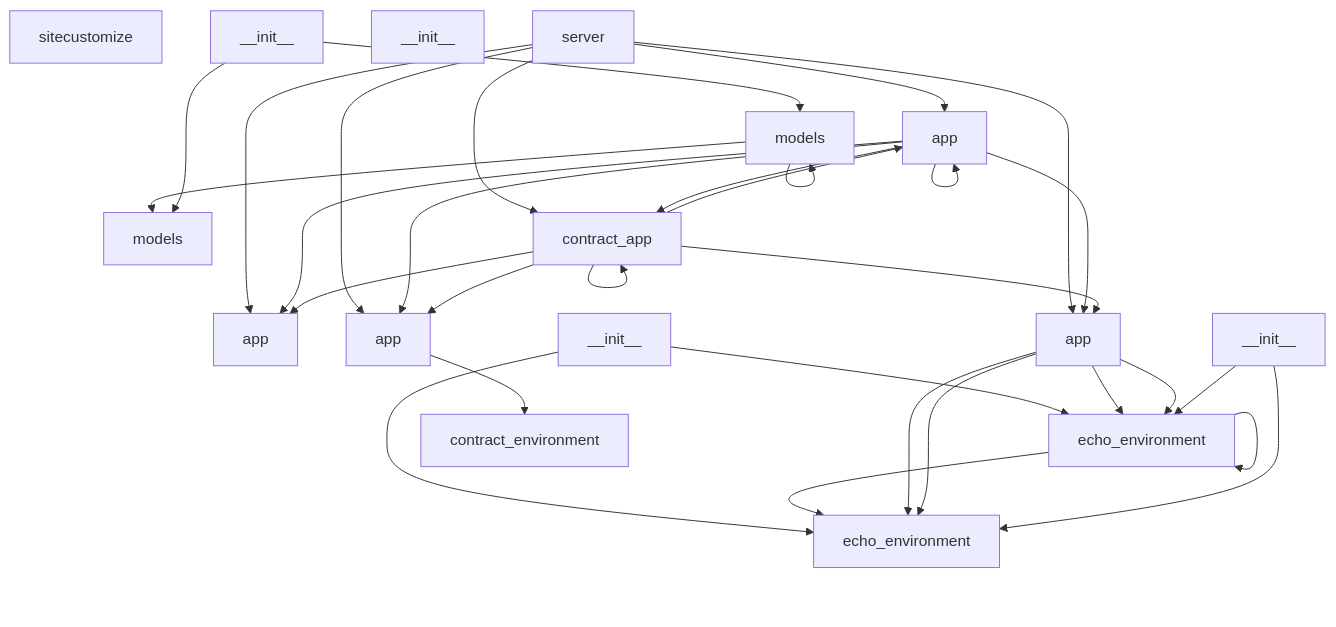
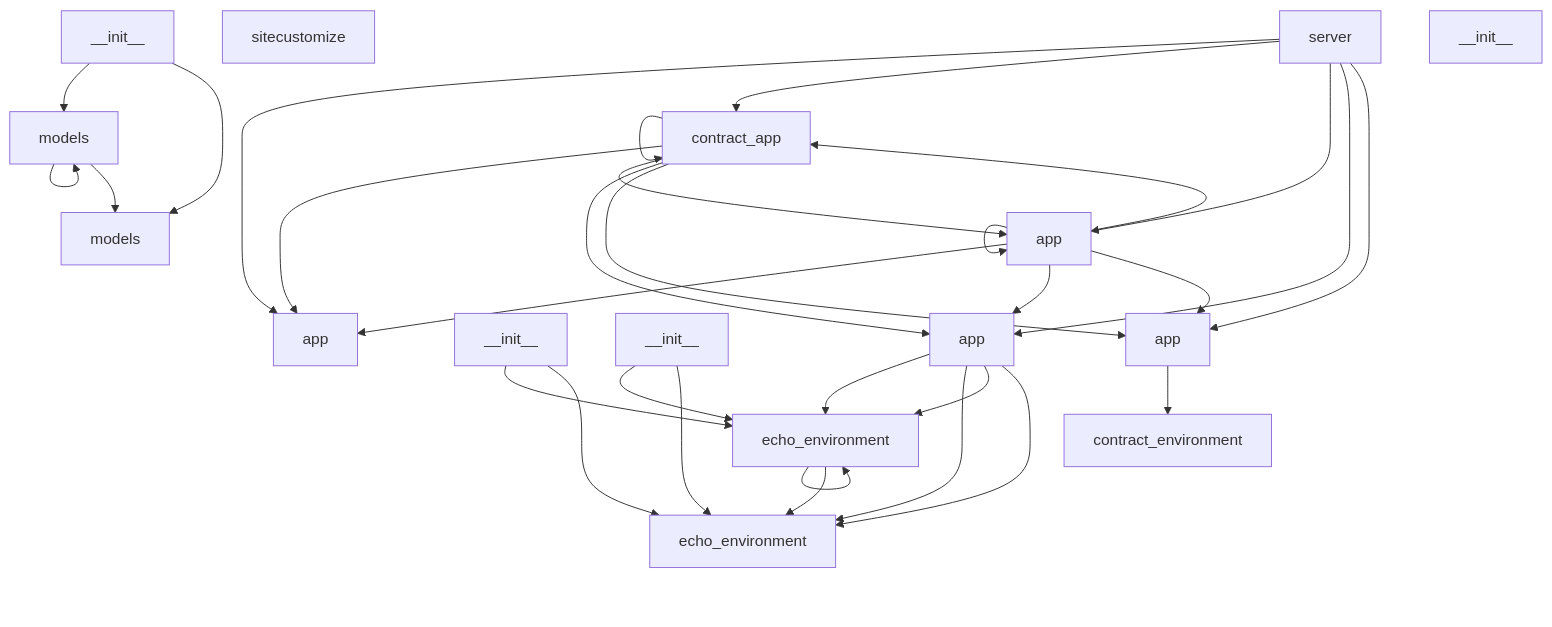
One commit to NITISH-R-G/DIALECTICA changed the first of 2 diagrams in README.md. Above: the diagram before and after it, drawn with Mermaid. The commit also changed other lines of this file and 2 other files, not shown here.

Commit message:
docs: Auto-update architecture and README

````diff
--- a/README.md
+++ b/README.md
@@ -26,65 +26,65 @@
 ```mermaid
 graph TD
+    server_py["server"]
+    click server_py href "server.py" "Go to source"
+    server_py --> app_py
+    server_py --> server_contract_app_py
+    server_py --> server_app_py
+    server_py --> src_echo_env_server_app_py
+    server_py --> src_contract_env_server_app_py
     models_py["models"]
     click models_py href "models.py" "Go to source"
     models_py --> models_py
     models_py --> src_echo_env_models_py
     app_py["app"]
     click app_py href "app.py" "Go to source"
     sitecustomize_py["sitecustomize"]
     click sitecustomize_py href "sitecustomize.py" "Go to source"
-    server_py["server"]
-    click server_py href "server.py" "Go to source"
-    server_py --> app_py
-    server_py --> server_app_py
-    server_py --> server_contract_app_py
-    server_py --> src_contract_env_server_app_py
-    server_py --> src_echo_env_server_app_py
-    server_app_py["app"]
-    click server_app_py href "server/app.py" "Go to source"
-    server_app_py --> app_py
-    server_app_py --> server_app_py
-    server_app_py --> server_contract_app_py
-    server_app_py --> src_contract_env_server_app_py
-    server_app_py --> src_echo_env_server_app_py
-    server___init___py["__init__"]
-    click server___init___py href "server/__init__.py" "Go to source"
-    server___init___py --> server_echo_environment_py
-    server___init___py --> src_echo_env_server_echo_environment_py
     server_echo_environment_py["echo_environment"]
     click server_echo_environment_py href "server/echo_environment.py" "Go to source"
     server_echo_environment_py --> server_echo_environment_py
     server_echo_environment_py --> src_echo_env_server_echo_environment_py
     server_contract_app_py["contract_app"]
     click server_contract_app_py href "server/contract_app.py" "Go to source"
     server_contract_app_py --> app_py
+    server_contract_app_py --> server_contract_app_py
     server_contract_app_py --> server_app_py
-    server_contract_app_py --> server_contract_app_py
+    server_contract_app_py --> src_echo_env_server_app_py
     server_contract_app_py --> src_contract_env_server_app_py
-    server_contract_app_py --> src_echo_env_server_app_py
-    src_contract_env___init___py["__init__"]
-    click src_contract_env___init___py href "src/contract_env/__init__.py" "Go to source"
-    src_contract_env_server_app_py["app"]
-    click src_contract_env_server_app_py href "src/contract_env/server/app.py" "Go to source"
-    src_contract_env_server_app_py --> src_contract_env_server_contract_environment_py
-    src_contract_env_server_contract_environment_py["contract_environment"]
-    click src_contract_env_server_contract_environment_py href "src/contract_env/server/contract_environment.py" "Go to source"
+    server_app_py["app"]
+    click server_app_py href "server/app.py" "Go to source"
+    server_app_py --> app_py
+    server_app_py --> server_contract_app_py
+    server_app_py --> server_app_py
+    server_app_py --> src_echo_env_server_app_py
+    server_app_py --> src_contract_env_server_app_py
+    server___init___py["__init__"]
+    click server___init___py href "server/__init__.py" "Go to source"
+    server___init___py --> server_echo_environment_py
+    server___init___py --> src_echo_env_server_echo_environment_py
     src_echo_env_models_py["models"]
     click src_echo_env_models_py href "src/echo_env/models.py" "Go to source"
     src_echo_env___init___py["__init__"]
     click src_echo_env___init___py href "src/echo_env/__init__.py" "Go to source"
     src_echo_env___init___py --> models_py
     src_echo_env___init___py --> src_echo_env_models_py
+    src_echo_env_server_echo_environment_py["echo_environment"]
+    click src_echo_env_server_echo_environment_py href "src/echo_env/server/echo_environment.py" "Go to source"
     src_echo_env_server_app_py["app"]
     click src_echo_env_server_app_py href "src/echo_env/server/app.py" "Go to source"
     src_echo_env_server_app_py --> server_echo_environment_py
     src_echo_env_server_app_py --> src_echo_env_server_echo_environment_py
     src_echo_env_server_app_py --> server_echo_environment_py
     src_echo_env_server_app_py --> src_echo_env_server_echo_environment_py
     src_echo_env_server___init___py["__init__"]
     click src_echo_env_server___init___py href "src/echo_env/server/__init__.py" "Go to source"
     src_echo_env_server___init___py --> server_echo_environment_py
     src_echo_env_server___init___py --> src_echo_env_server_echo_environment_py
-    src_echo_env_server_echo_environment_py["echo_environment"]
-    click src_echo_env_server_echo_environment_py href "src/echo_env/server/echo_environment.py" "Go to source"
+    src_contract_env___init___py["__init__"]
+    click src_contract_env___init___py href "src/contract_env/__init__.py" "Go to source"
+    src_contract_env_server_app_py["app"]
+    click src_contract_env_server_app_py href "src/contract_env/server/app.py" "Go to source"
+    src_contract_env_server_app_py --> src_contract_env_server_contract_environment_py
+    src_contract_env_server_contract_environment_py["contract_environment"]
+    click src_contract_env_server_contract_environment_py href "src/contract_env/server/contract_environment.py" "Go to source"
 ```
````
